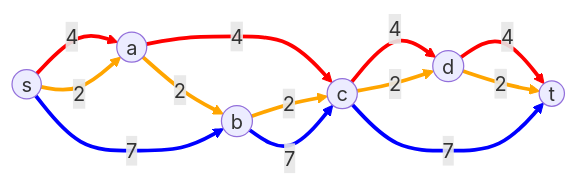
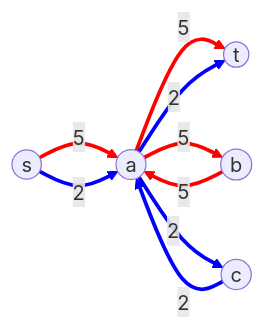
Before and after one commit to algbio/flowpaths: the second of 3 diagrams in docs/subset-constraints.md, drawn with Mermaid. The commit also changed other lines of this file and 2 other files, not shown here.

````diff
--- a/docs/subset-constraints.md
+++ b/docs/subset-constraints.md
@@ -32,24 +32,21 @@
 ``` mermaid
 flowchart LR
     s((s))
     a((a))
+    t((t))
     b((b))
     c((c))
-    d((d))
-    t((t))
-    s -->|4| a
-    a -->|4| c
-    c -->|4| d
-    d -->|4| t
+
+    s -->|5| a
+    a -->|5| t
+    a -->|5| b
+    b -->|5| a
+
+
+    s -->|2| a
+    a -->|2| c
+    c -->|2| a
+    a -->|2| t
     linkStyle 0,1,2,3 stroke:red,stroke-width:3;
-    s -->|2| a
-    a -->|2| b
-    b -->|2| c
-    c -->|2| d
-    d -->|2| t
-    linkStyle 4,5,6,7,8 stroke:orange,stroke-width:3;
-    s -->|7| b
-    b -->|7| c
-    c -->|7| t
-    linkStyle 9,10,11 stroke:blue,stroke-width:3;
+    linkStyle 4,5,6,7 stroke:blue,stroke-width:3;
 ```
````
